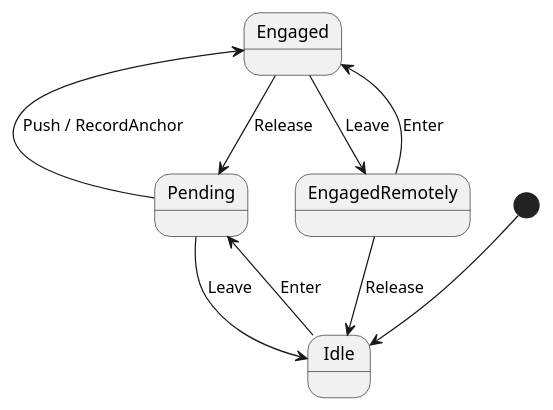
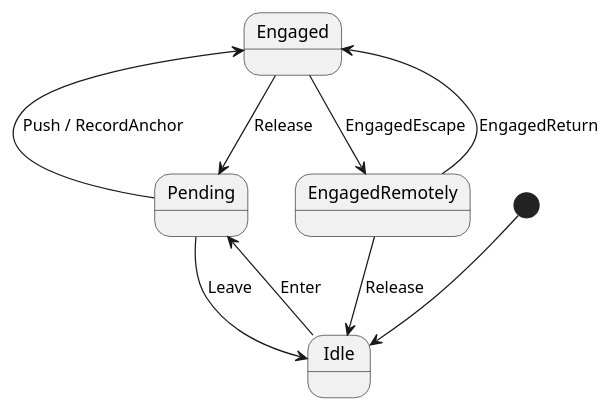
Before and after one commit to bobkocisko/libgui: the diagram in Documentation/Scrollbar.puml, drawn with PlantUML. The commit also changed 7 other files, not shown here.

```diff
--- a/Documentation/Scrollbar.puml
+++ b/Documentation/Scrollbar.puml
@@ -1,13 +1,13 @@
 @startuml
 [*] --> Idle
 
 Idle --> Pending: Enter
 Pending --> Idle: Leave
 Pending -left-> Engaged: Push / RecordAnchor
 Engaged --> Pending: Release
-Engaged --> EngagedRemotely: Leave
-EngagedRemotely --> Engaged: Enter
+Engaged --> EngagedRemotely: EngagedEscape
+EngagedRemotely --> Engaged: EngagedReturn
 EngagedRemotely -> Idle: Release
 
 
 @enduml
```
